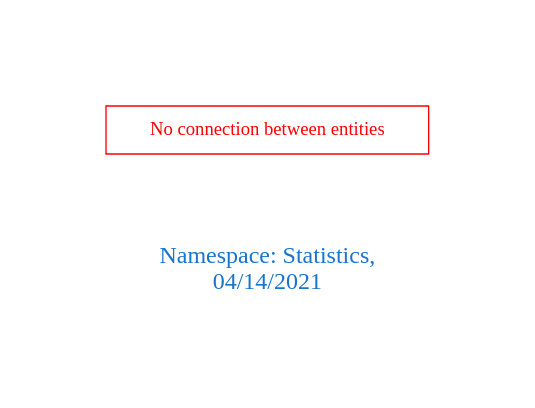
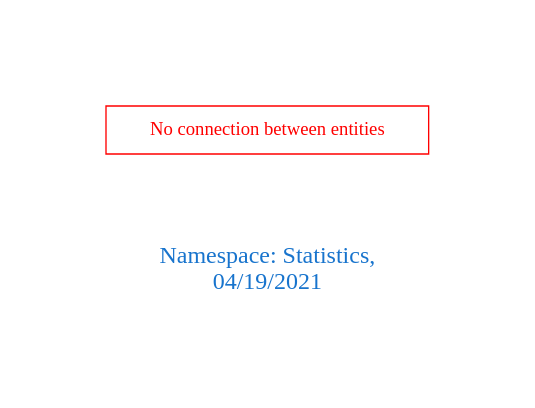
One commit to arago/OGIT changed the diagram in downloads/Statistics.dot. Above: the diagram before and after it, drawn with Graphviz. The commit also changed 1895 other files, not shown here.

```diff
--- a/downloads/Statistics.dot
+++ b/downloads/Statistics.dot
@@ -1,9 +1,9 @@
 digraph OGIT_ontology {
  graph [ rankdir= LR,pad=1 
 fontsize = 18,
-fontcolor= dodgerblue3,label = "\n\n\nNamespace: Statistics, \n 04/14/2021"];
+fontcolor= dodgerblue3,label = "\n\n\nNamespace: Statistics, \n 04/19/2021"];
 node[shape=polygon];
 edge [  color="gray81"];
 
 "No connection between entities" [fontcolor = "red",color="red", shape="polygon"]
 }
```
